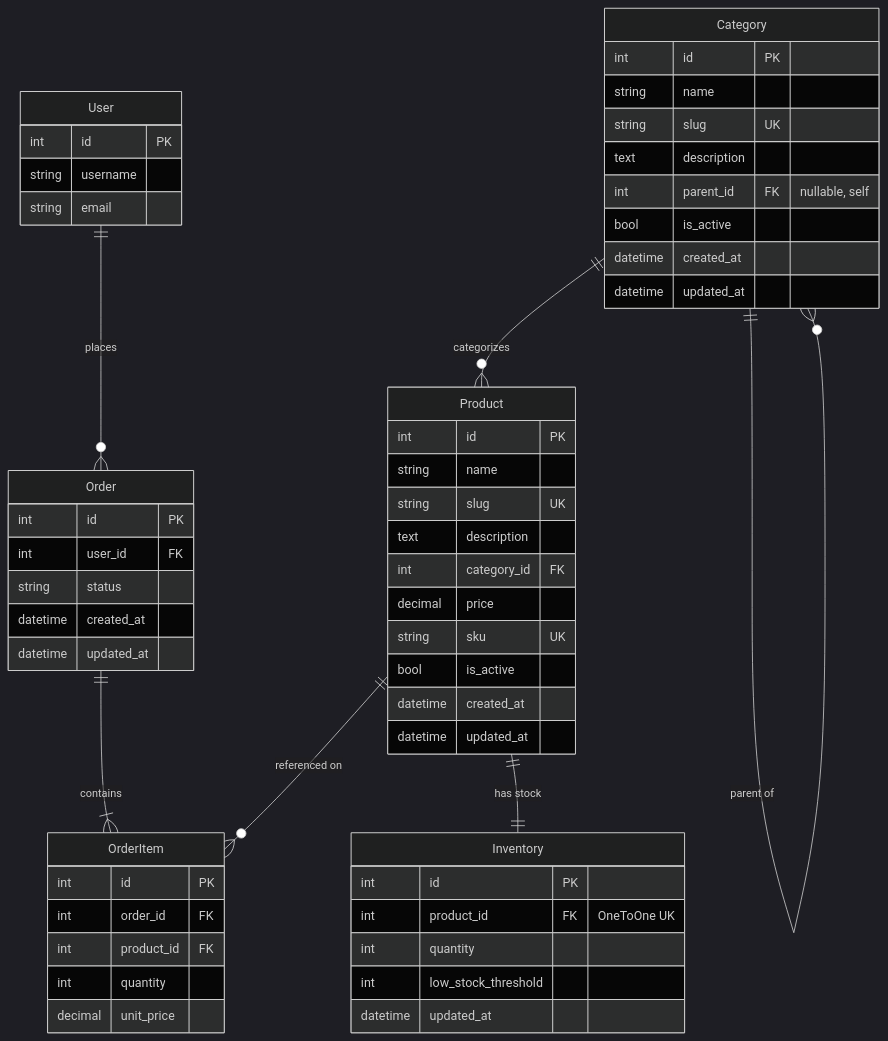
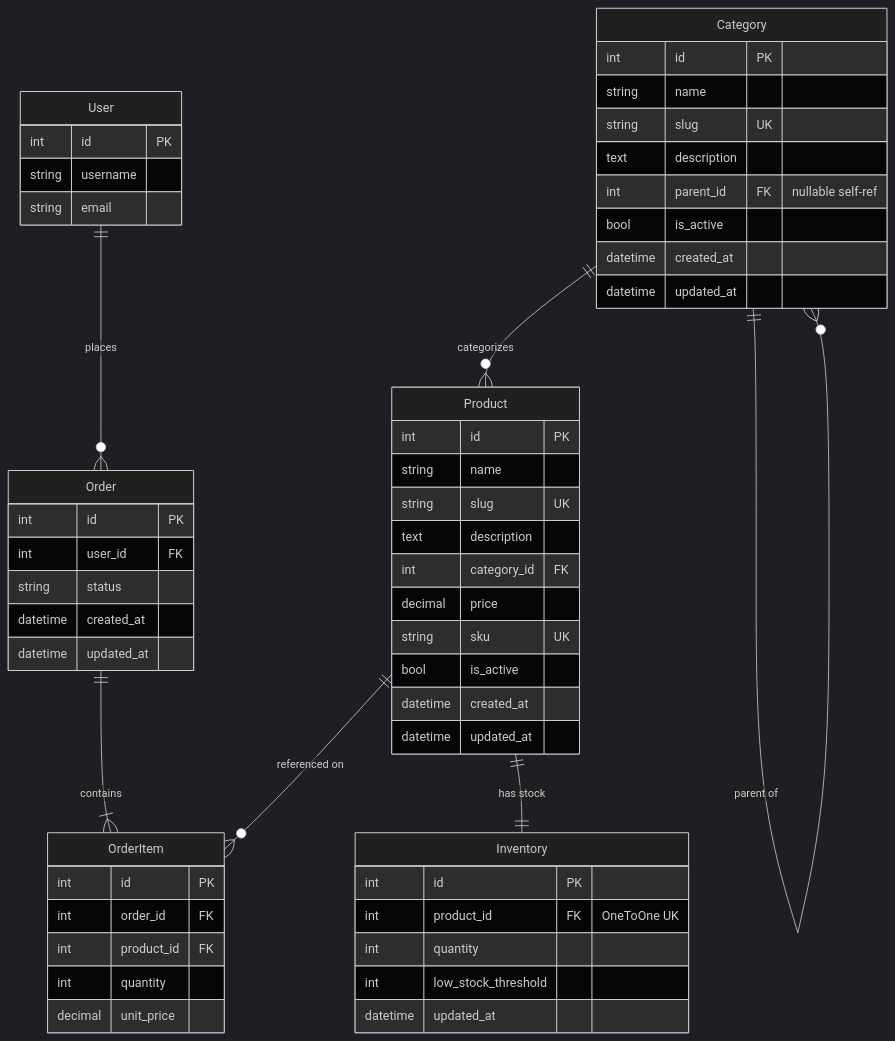
The second of 5 diagrams in docs/DESIGN.md (akotian-eab/django-ecommerce-lite), drawn with Mermaid (dark theme) before and after one commit. The commit also changed other lines of this file and 7 other files, not shown here.

````diff
--- a/docs/DESIGN.md
+++ b/docs/DESIGN.md
@@ -102,63 +137,63 @@
 ```mermaid
 erDiagram
     User ||--o{ Order : places
     Order ||--|{ OrderItem : contains
     Product ||--o{ OrderItem : "referenced on"
     Category ||--o{ Product : categorizes
     Category ||--o{ Category : "parent of"
     Product ||--|| Inventory : "has stock"
 
     User {
         int id PK
         string username
         string email
     }
 
     Category {
         int id PK
         string name
         string slug UK
         text description
-        int parent_id FK "nullable, self"
+        int parent_id FK "nullable self-ref"
         bool is_active
         datetime created_at
         datetime updated_at
     }
 
     Product {
         int id PK
         string name
         string slug UK
         text description
         int category_id FK
         decimal price
         string sku UK
         bool is_active
         datetime created_at
         datetime updated_at
     }
 
     Inventory {
         int id PK
         int product_id FK "OneToOne UK"
         int quantity
         int low_stock_threshold
         datetime updated_at
     }
 
     Order {
         int id PK
         int user_id FK
         string status
         datetime created_at
         datetime updated_at
     }
 
     OrderItem {
         int id PK
         int order_id FK
         int product_id FK
         int quantity
         decimal unit_price
     }
 ```
````
